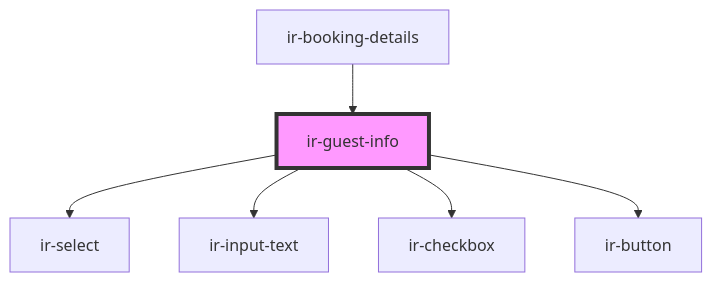
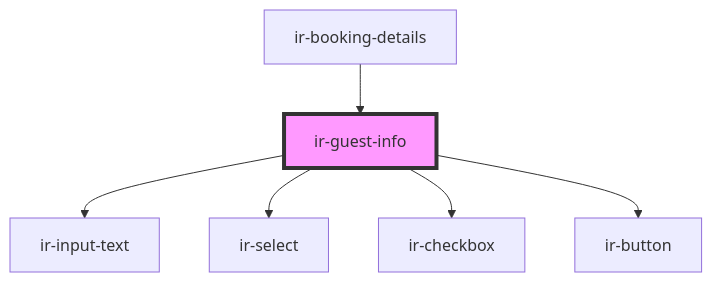
The diagram in src/components/ir-guest-info/readme.md (David1Chowaifaty/modified-ir-webcmp), drawn with Mermaid before and after one commit. The commit also changed other lines of this file and 11 other files, not shown here.

````diff
--- a/src/components/ir-guest-info/readme.md
+++ b/src/components/ir-guest-info/readme.md
@@ -39,9 +40,9 @@
 ```mermaid
 graph TD;
+  ir-guest-info --> ir-input-text
   ir-guest-info --> ir-select
-  ir-guest-info --> ir-input-text
   ir-guest-info --> ir-checkbox
   ir-guest-info --> ir-button
   ir-booking-details --> ir-guest-info
   style ir-guest-info fill:#f9f,stroke:#333,stroke-width:4px
 ```
````
